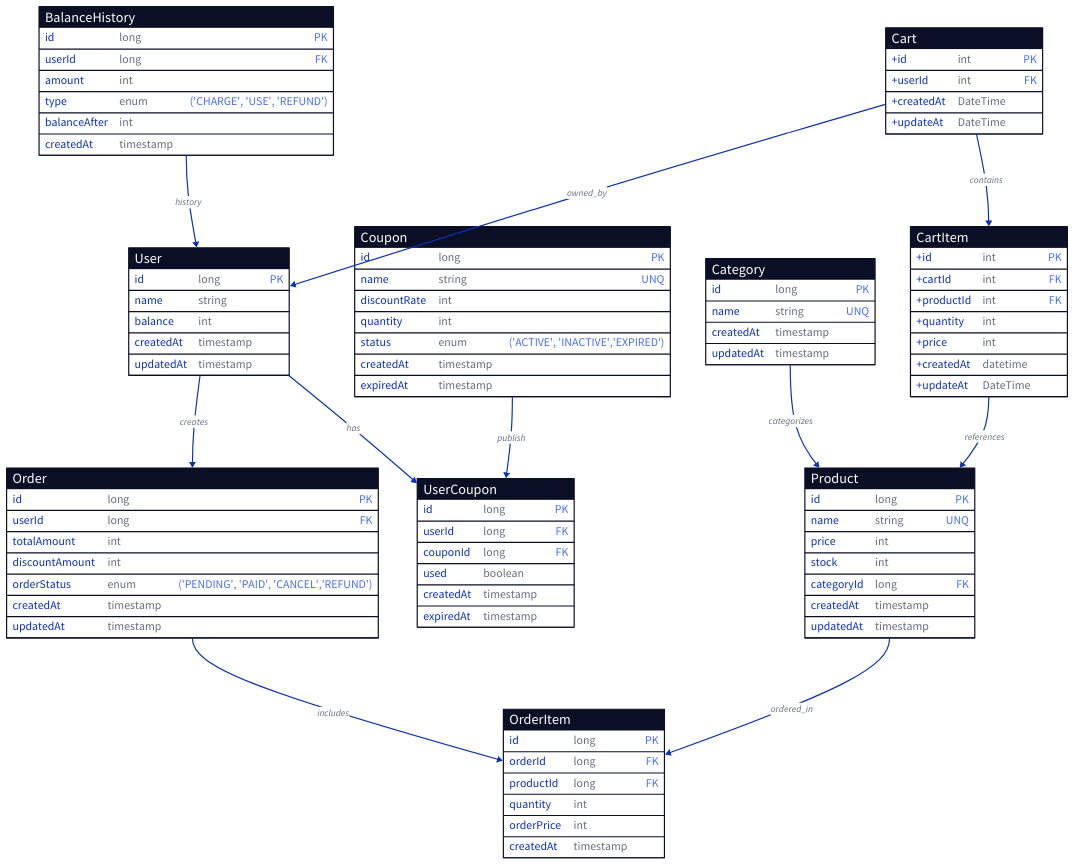
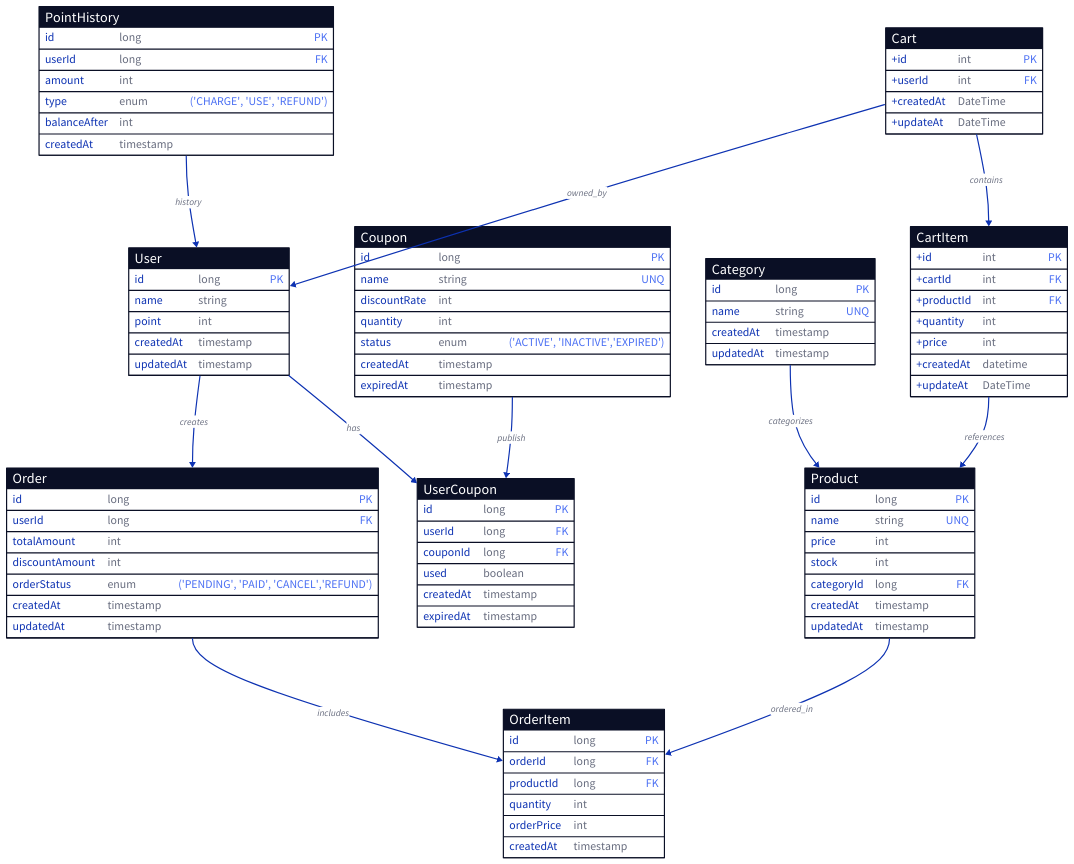
One commit to sabsiru/eCommerce-service changed the diagram in docs/diagram/erd.d2. Above: the diagram before and after it, drawn with D2. The commit also changed 10 other files, not shown here.

```diff
--- a/docs/diagram/erd.d2
+++ b/docs/diagram/erd.d2
@@ -1,108 +1,108 @@
 User: {
   shape: sql_table
   id: long {constraint: primary_key}
   name: string
-  balance: int
+  point: int
   createdAt: timestamp
   updatedAt: timestamp
 }
 
 Product: {
   shape: sql_table
   id: long {constraint: primary_key}
   name: string {constraint: unique}
   price: int
   stock: int
   categoryId: long {constraint: foreign_key}
   createdAt: timestamp
   updatedAt: timestamp
 }
 
 Category: {
   shape: sql_table
   id: long {constraint: primary_key}
   name: string {constraint: unique}
   createdAt: timestamp
   updatedAt: timestamp
 }
 
-BalanceHistory: {
+PointHistory: {
   shape: sql_table
   id: long {constraint: primary_key}
   userId: long {constraint: foreign_key}
   amount: int
   type: enum {constraint: ('CHARGE', 'USE', 'REFUND')}
   balanceAfter: int
   createdAt: timestamp
 }
 
 UserCoupon: {
   shape: sql_table
   id: long {constraint: primary_key}
   userId: long {constraint: foreign_key}
   couponId: long {constraint: foreign_key}
   used: boolean
   createdAt: timestamp
   expiredAt: timestamp
 }
 
 Order: {
   shape: sql_table
   id: long {constraint: primary_key}
   userId: long {constraint: foreign_key}
   totalAmount: int
   discountAmount: int
   orderStatus: enum {constraint: ('PENDING', 'PAID', 'CANCEL','REFUND')}
   createdAt: timestamp
   updatedAt: timestamp
 }
 
 OrderItem: {
   shape: sql_table
   id: long {constraint: primary_key}
   orderId: long {constraint: foreign_key}
   productId: long {constraint: foreign_key}
   quantity: int
   orderPrice: int
   createdAt: timestamp
 }
 
 Coupon: {
   shape: sql_table
   id: long {constraint: primary_key}
   name: string {constraint: unique}
   discountRate: int
   quantity: int
   status: enum {constraint: ('ACTIVE', 'INACTIVE','EXPIRED')}
   createdAt: timestamp
   expiredAt: timestamp
 }
 Cart: {
   shape: sql_table
   +id: int {constraint: primary_key}
   +userId: int {constraint: foreign_key}
   +createdAt: DateTime
   +updateAt: DateTime
 }
 
 CartItem: {
   shape: sql_table
   +id: int {constraint: primary_key}
   +cartId: int {constraint: foreign_key}
   +productId: int {constraint: foreign_key}
   +quantity: int
   +price: int
   +createdAt: datetime
   +updateAt: DateTime
 }
 
 User -> Order: creates
 Order -> OrderItem: includes
 Product -> OrderItem: ordered_in
 User -> UserCoupon: has
 Coupon -> UserCoupon: publish
-BalanceHistory -> User: history
+PointHistory -> User: history
 Category -> Product: categorizes
 Cart -> CartItem: contains
 CartItem -> Product: references
 Cart -> User: owned_by
```
